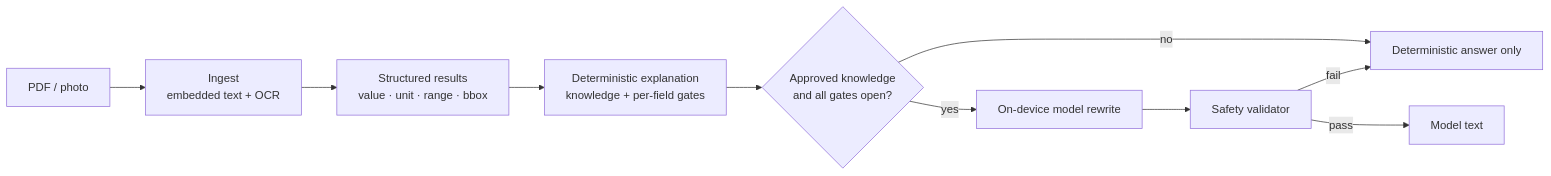
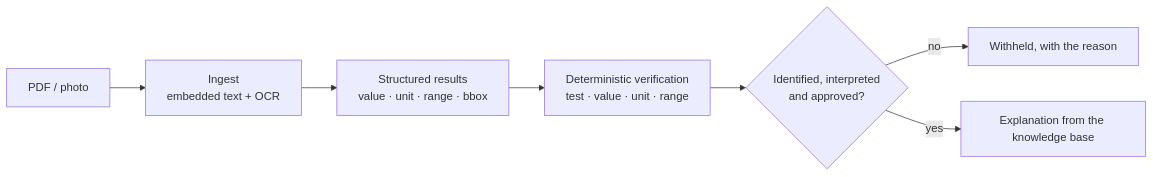
One commit to gupta29470/mediread changed the diagram in README.md. Above: the diagram before and after it, drawn with Mermaid. The commit also changed other lines of this file and 1 other file, not shown here.

Commit message:
docs: describe the deterministic app and drop rewrite claims

````diff
--- a/README.md
+++ b/README.md
@@ -60,12 +36,9 @@
 ```mermaid
 flowchart LR
   A[PDF / photo] --> B["Ingest<br/>embedded text + OCR"]
   B --> C["Structured results<br/>value · unit · range · bbox"]
-  C --> D["Deterministic explanation<br/>knowledge + per-field gates"]
-  D --> E{"Approved knowledge<br/>and all gates open?"}
-  E -- no --> F["Deterministic answer only"]
-  E -- yes --> G["On-device model rewrite"]
-  G --> H["Safety validator"]
-  H -- pass --> I["Model text"]
-  H -- fail --> F
+  C --> D["Deterministic verification<br/>test · value · unit · range"]
+  D --> E{"Identified, interpreted<br/>and approved?"}
+  E -- no --> F["Withheld, with the reason"]
+  E -- yes --> G["Explanation from the knowledge base"]
 ```
````
